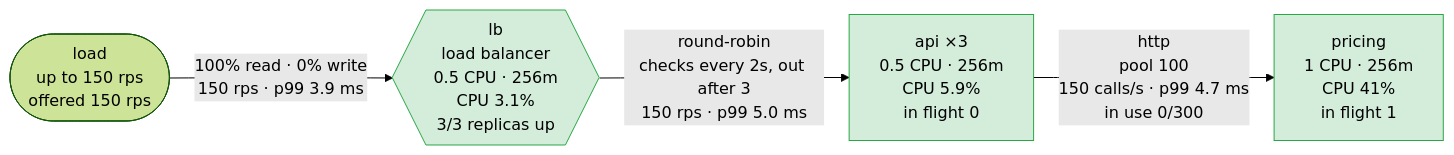
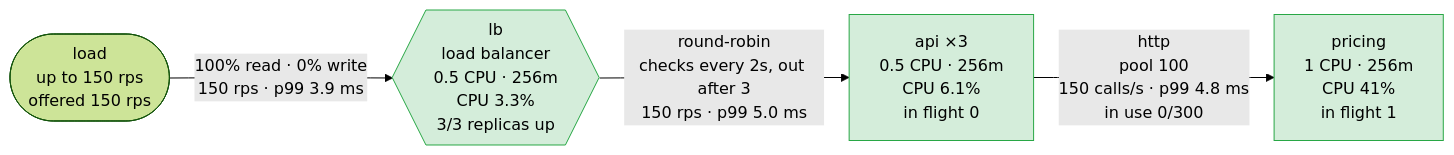
The first of 5 diagrams in scenarios/slow-dependency/solutions/circuit-breaker/report.md (akinfemi/load-lore), drawn with Mermaid (forest theme) before and after one commit. The commit also changed other lines of this file and 23 other files, not shown here.

````diff
--- a/scenarios/slow-dependency/solutions/circuit-breaker/report.md
+++ b/scenarios/slow-dependency/solutions/circuit-breaker/report.md
@@ -17,14 +15,14 @@
 ```mermaid
 flowchart LR
     load(["load<br/>up to 150 rps<br/>offered 150 rps"])
-    lb{{"lb<br/>load balancer<br/>0.5 CPU · 256m<br/>CPU 3.1%<br/>3/3 replicas up"}}
-    api["api ×3<br/>0.5 CPU · 256m<br/>CPU 5.9%<br/>in flight 0"]
+    lb{{"lb<br/>load balancer<br/>0.5 CPU · 256m<br/>CPU 3.3%<br/>3/3 replicas up"}}
+    api["api ×3<br/>0.5 CPU · 256m<br/>CPU 6.1%<br/>in flight 0"]
     pricing["pricing<br/>1 CPU · 256m<br/>CPU 41%<br/>in flight 1"]
     load -->|"100% read · 0% write<br/>150 rps · p99 3.9 ms"| lb
     lb -->|"round-robin<br/>checks every 2s, out after 3<br/>150 rps · p99 5.0 ms"| api
-    api -->|"http<br/>pool 100<br/>150 calls/s · p99 4.7 ms<br/>in use 0/300"| pricing
+    api -->|"http<br/>pool 100<br/>150 calls/s · p99 4.8 ms<br/>in use 0/300"| pricing
     classDef ok fill:#d4edda,stroke:#28a745,color:#000
     classDef warm fill:#fff3cd,stroke:#d39e00,color:#000
     classDef hot fill:#f8d7da,stroke:#dc3545,color:#000
     class lb,api,pricing ok
 ```
````
